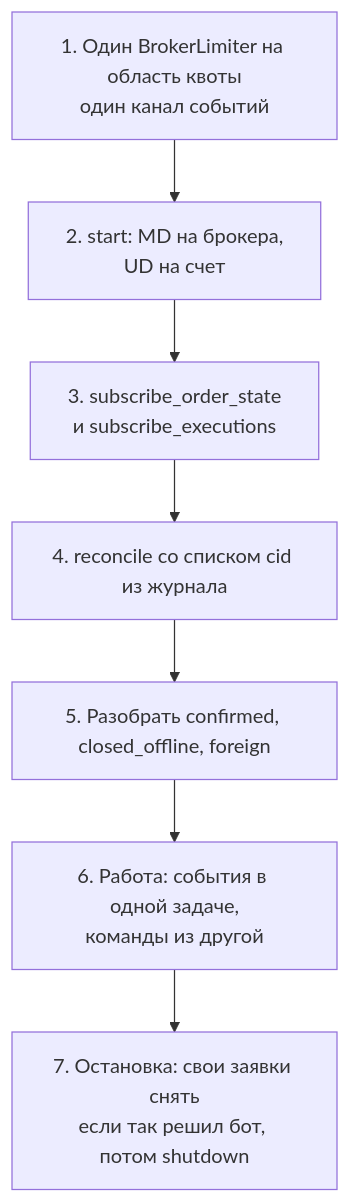
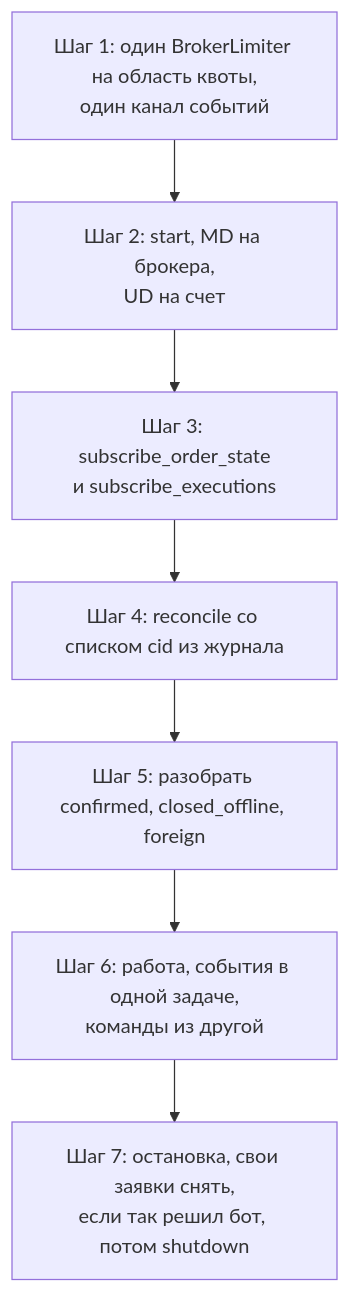
The diagram in docs/src/agent-contract.md (runinfra/brokapi), drawn with Mermaid before and after one commit. The commit also changed 2 other files, not shown here.

Commit message:
Docs: readable diagrams on phones, retry before giving up an unknown order
The contract diagram no longer starts labels with a list marker (rendered as an error). The
infrastructure diagram stacks the three brokers. The trading bot diagram waits and asks the broker
again before treating an unknown order as not placed, as described on the orders page.

````diff
--- a/docs/src/agent-contract.md
+++ b/docs/src/agent-contract.md
@@ -16,9 +16,9 @@
 ```mermaid
 flowchart TB
-  A[1. Один BrokerLimiter на область квоты<br>один канал событий] --> B[2. start: MD на брокера,<br>UD на счет]
-  B --> C[3. subscribe_order_state<br>и subscribe_executions]
-  C --> D[4. reconcile со списком cid из журнала]
-  D --> E[5. Разобрать confirmed, closed_offline, foreign]
-  E --> F[6. Работа: события в одной задаче,<br>команды из другой]
-  F --> G[7. Остановка: свои заявки снять<br>если так решил бот, потом shutdown]
+  A[Шаг 1: один BrokerLimiter на область квоты,<br>один канал событий] --> B[Шаг 2: start, MD на брокера,<br>UD на счет]
+  B --> C[Шаг 3: subscribe_order_state<br>и subscribe_executions]
+  C --> D[Шаг 4: reconcile со списком cid из журнала]
+  D --> E[Шаг 5: разобрать confirmed, closed_offline, foreign]
+  E --> F[Шаг 6: работа, события в одной задаче,<br>команды из другой]
+  F --> G[Шаг 7: остановка, свои заявки снять,<br>если так решил бот, потом shutdown]
 ```
````
